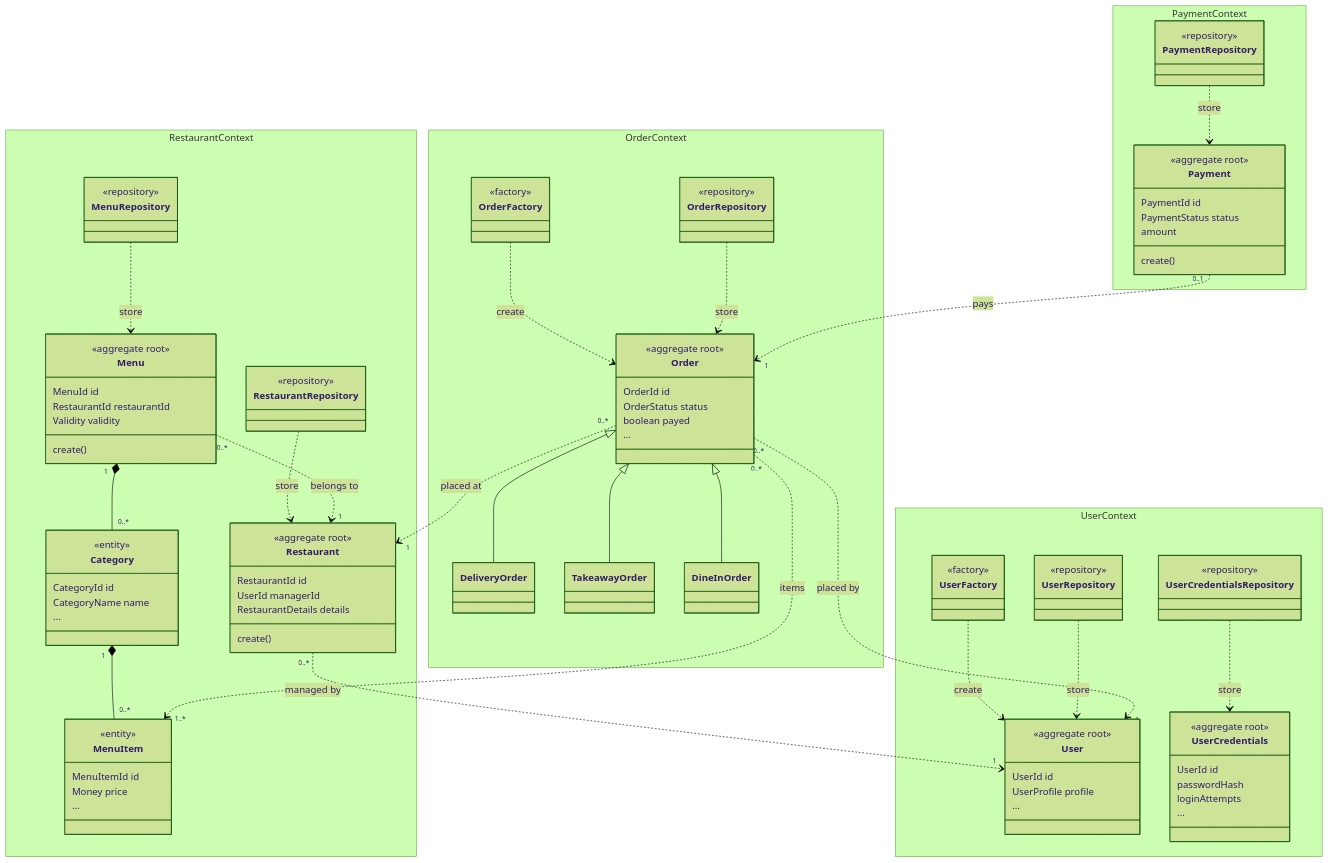
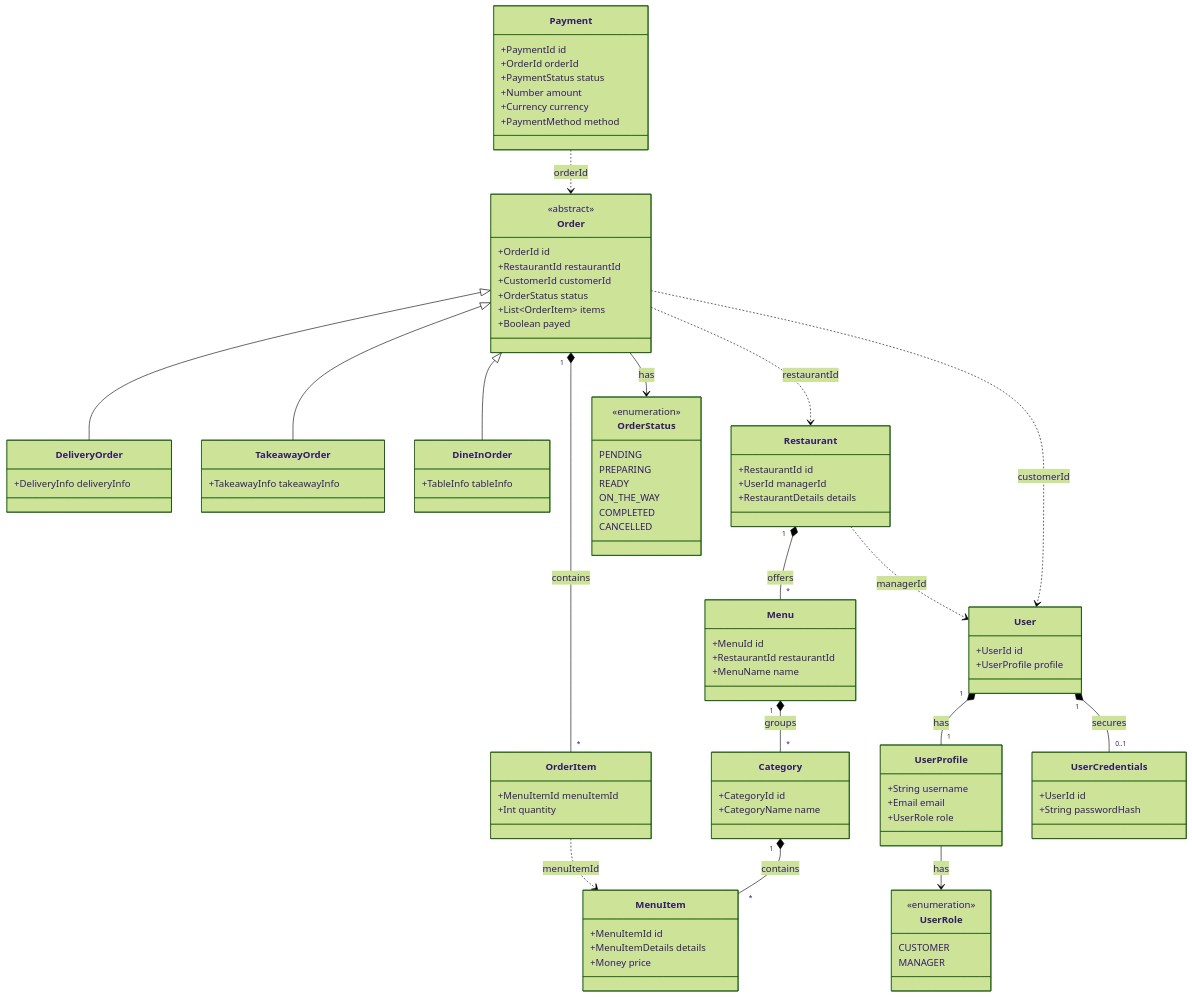
One commit to Norby99/munchies changed the second of 2 diagrams in docs/reports/spe/01-deliverables/domain-model.md. Above: the diagram before and after it, drawn with Mermaid (forest theme). The commit also changed other lines of this file, not shown here.

````diff
--- a/docs/reports/spe/01-deliverables/domain-model.md
+++ b/docs/reports/spe/01-deliverables/domain-model.md
@@ -157,111 +86,99 @@
 ```mermaid
 classDiagram
-    direction TB
-    namespace UserContext {
-        class User {
-            <<aggregate root>>
-            UserId id
-            UserProfile profile
-            ...
-        }
-        class UserCredentials {
-            <<aggregate root>>
-            UserId id
-            passwordHash
-            loginAttempts
-            ...
-        }
-        class UserFactory {
-            <<factory>>
-        }
-        class UserRepository {
-            <<repository>>
-        }
-        class UserCredentialsRepository {
-            <<repository>>
-        }
+    class User {
+        +UserId id
+        +UserProfile profile
     }
-    namespace RestaurantContext {
-        class Restaurant {
-            <<aggregate root>>
-            RestaurantId id
-            UserId managerId
-            RestaurantDetails details
-            create()
-        }
-        class Menu {
-            <<aggregate root>>
-            MenuId id
-            RestaurantId restaurantId
-            Validity validity
-            create()
-        }
-        class Category {
-            <<entity>>
-            CategoryId id
-            CategoryName name
-            ...
-        }
-        class MenuItem {
-            <<entity>>
-            MenuItemId id
-            Money price
-            ...
-        }
-        class RestaurantRepository {
-            <<repository>>
-        }
-        class MenuRepository {
-            <<repository>>
-        }
+    class UserProfile {
+        +String username
+        +Email email
+        +UserRole role
     }
-    namespace OrderContext {
-        class Order {
-            <<aggregate root>>
-            OrderId id
-            OrderStatus status
-            boolean payed
-            ...
-        }
-        class DeliveryOrder
-        class TakeawayOrder
-        class DineInOrder
-        class OrderFactory {
-            <<factory>>
-        }
-        class OrderRepository {
-            <<repository>>
-        }
+    class UserCredentials {
+        +UserId id
+        +String passwordHash
     }
-    namespace PaymentContext {
-        class Payment {
-            <<aggregate root>>
-            PaymentId id
-            PaymentStatus status
-            amount
-            create()
-        }
-        class PaymentRepository {
-            <<repository>>
-        }
+    class UserRole {
+        <<enumeration>>
+        CUSTOMER
+        MANAGER
     }
-    UserFactory ..> User : create
-    UserRepository ..> User : store
-    UserCredentialsRepository ..> UserCredentials : store
-    RestaurantRepository ..> Restaurant : store
-    MenuRepository ..> Menu : store
-    Menu "1" *-- "0..*" Category
-    Category "1" *-- "0..*" MenuItem
-    OrderFactory ..> Order : create
-    OrderRepository ..> Order : store
+
+    class Restaurant {
+        +RestaurantId id
+        +UserId managerId
+        +RestaurantDetails details
+    }
+    class Menu {
+        +MenuId id
+        +RestaurantId restaurantId
+        +MenuName name
+    }
+    class Category {
+        +CategoryId id
+        +CategoryName name
+    }
+    class MenuItem {
+        +MenuItemId id
+        +MenuItemDetails details
+        +Money price
+    }
+
+    class Order {
+        <<abstract>>
+        +OrderId id
+        +RestaurantId restaurantId
+        +CustomerId customerId
+        +OrderStatus status
+        +List~OrderItem~ items
+        +Boolean payed
+    }
+    class DeliveryOrder {
+        +DeliveryInfo deliveryInfo
+    }
+    class TakeawayOrder {
+        +TakeawayInfo takeawayInfo
+    }
+    class DineInOrder {
+        +TableInfo tableInfo
+    }
+    class OrderItem {
+        +MenuItemId menuItemId
+        +Int quantity
+    }
+    class OrderStatus {
+        <<enumeration>>
+        PENDING
+        PREPARING
+        READY
+        ON_THE_WAY
+        COMPLETED
+        CANCELLED
+    }
+
+    class Payment {
+        +PaymentId id
+        +OrderId orderId
+        +PaymentStatus status
+        +Number amount
+        +Currency currency
+        +PaymentMethod method
+    }
+
+    User "1" *-- "1" UserProfile: has
+    User "1" *-- "0..1" UserCredentials: secures
+    UserProfile --> UserRole: has
+    Restaurant "1" *-- "*" Menu: offers
+    Menu "1" *-- "*" Category: groups
+    Category "1" *-- "*" MenuItem: contains
     Order <|-- DeliveryOrder
     Order <|-- TakeawayOrder
     Order <|-- DineInOrder
-    PaymentRepository ..> Payment : store
-    Restaurant "0..*" ..> "1" User : managed by
-    Menu "0..*" ..> "1" Restaurant : belongs to
-    Order "0..*" ..> "1" Restaurant : placed at
-    Order "0..*" ..> "1" User : placed by
-    Order "0..*" ..> "1..*" MenuItem : items
-    Payment "0..1" ..> "1" Order : pays
+    Order "1" *-- "*" OrderItem: contains
+    Order --> OrderStatus: has
+    Restaurant ..> User: managerId
+    Order ..> Restaurant: restaurantId
+    Order ..> User: customerId
+    OrderItem ..> MenuItem: menuItemId
+    Payment ..> Order: orderId
 ```
````
